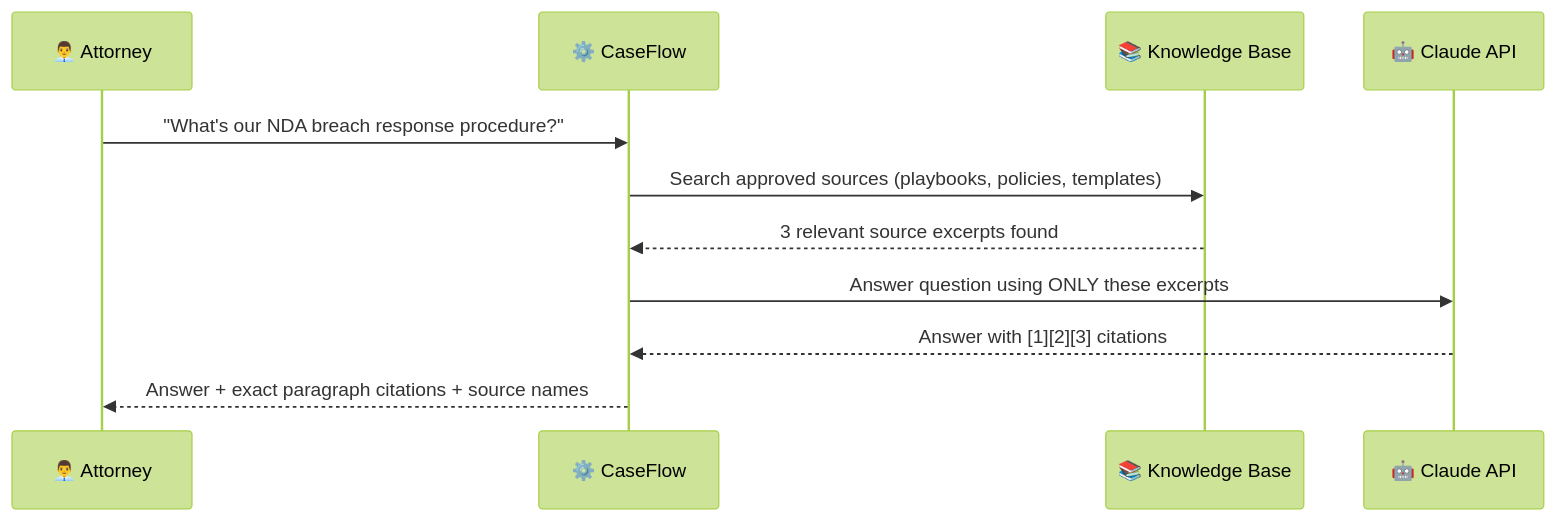
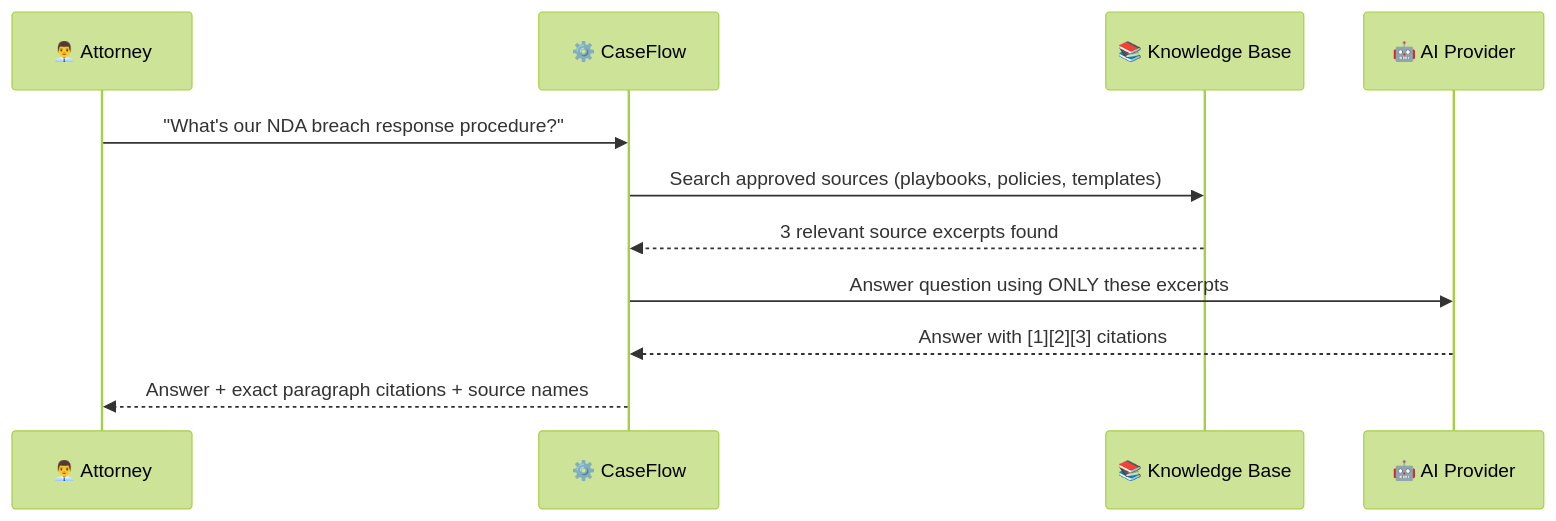
Before and after one commit to JoshithReddyAleti/Unified_Legal_Workflow_Platform_CaseFlow: the fourth of 4 diagrams in README.md, drawn with Mermaid (forest theme). The commit also changed other lines of this file, not shown here.

First line of the commit message:
Revise README for AI provider updates and setup

````diff
--- a/README.md
+++ b/README.md
@@ -467,14 +486,14 @@
 ```mermaid
 sequenceDiagram
     participant A as 👨‍💼 Attorney
     participant CF as ⚙️ CaseFlow
     participant KB as 📚 Knowledge Base
-    participant CL as 🤖 Claude API
+    participant CL as 🤖 AI Provider
 
     A->>CF: "What's our NDA breach response procedure?"
     CF->>KB: Search approved sources (playbooks, policies, templates)
     KB-->>CF: 3 relevant source excerpts found
     CF->>CL: Answer question using ONLY these excerpts
     CL-->>CF: Answer with [1][2][3] citations
     CF-->>A: Answer + exact paragraph citations + source names
 ```
````
